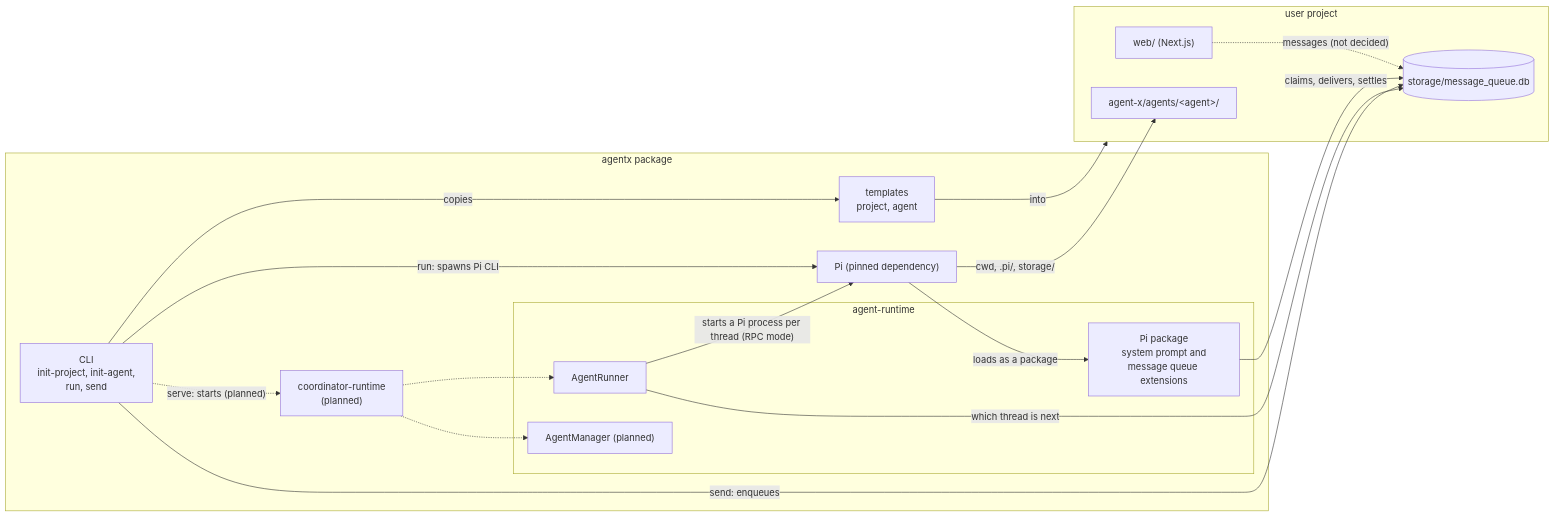
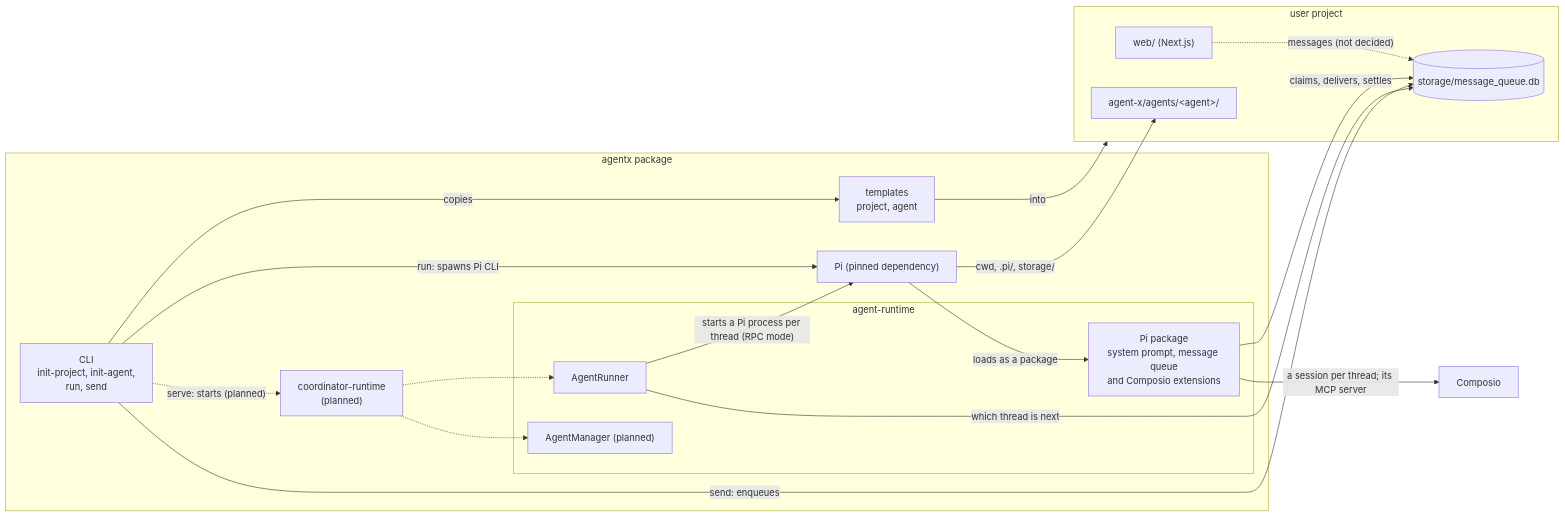
The diagram in docs/high_level_design.md (cognisphere-sh/agent-x), drawn with Mermaid before and after one commit. The commit also changed other lines of this file and 27 other files, not shown here.

First line of the commit message:
feat: Composio tools for every agent, a Composio session per thread

````diff
--- a/docs/high_level_design.md
+++ b/docs/high_level_design.md
@@ -19,32 +19,34 @@
 ```mermaid
 flowchart LR
   subgraph agentx["agentx package"]
     CLI["CLI<br/>init-project, init-agent,<br/>run, send"]
     T["templates<br/>project, agent"]
     subgraph AR["agent-runtime"]
       R["AgentRunner"]
-      CORE["Pi package<br/>system prompt and<br/>message queue extensions"]
+      CORE["Pi package<br/>system prompt, message queue<br/>and Composio extensions"]
       M["AgentManager (planned)"]
     end
     C["coordinator-runtime<br/>(planned)"]
     PI["Pi (pinned dependency)"]
   end
   subgraph P["user project"]
     APP["web/ (Next.js)"]
     A["agent-x/agents/&lt;agent&gt;/"]
     Q[("storage/message_queue.db")]
   end
   CLI -- copies --> T
   T -- into --> P
   CLI -- "run: spawns Pi CLI" --> PI
   CLI -. "serve: starts (planned)" .-> C
   CLI -- "send: enqueues" --> Q
   R -- "starts a Pi process per thread (RPC mode)" --> PI
   R -- "which thread is next" --> Q
   PI -- "cwd, .pi/, storage/" --> A
   PI -- "loads as a package" --> CORE
   CORE -- "claims, delivers, settles" --> Q
   C -.-> R
   C -.-> M
   APP -. "messages (not decided)" .-> Q
+  CX["Composio"]
+  CORE -- "a session per thread; its MCP server" --> CX
 ```
````
